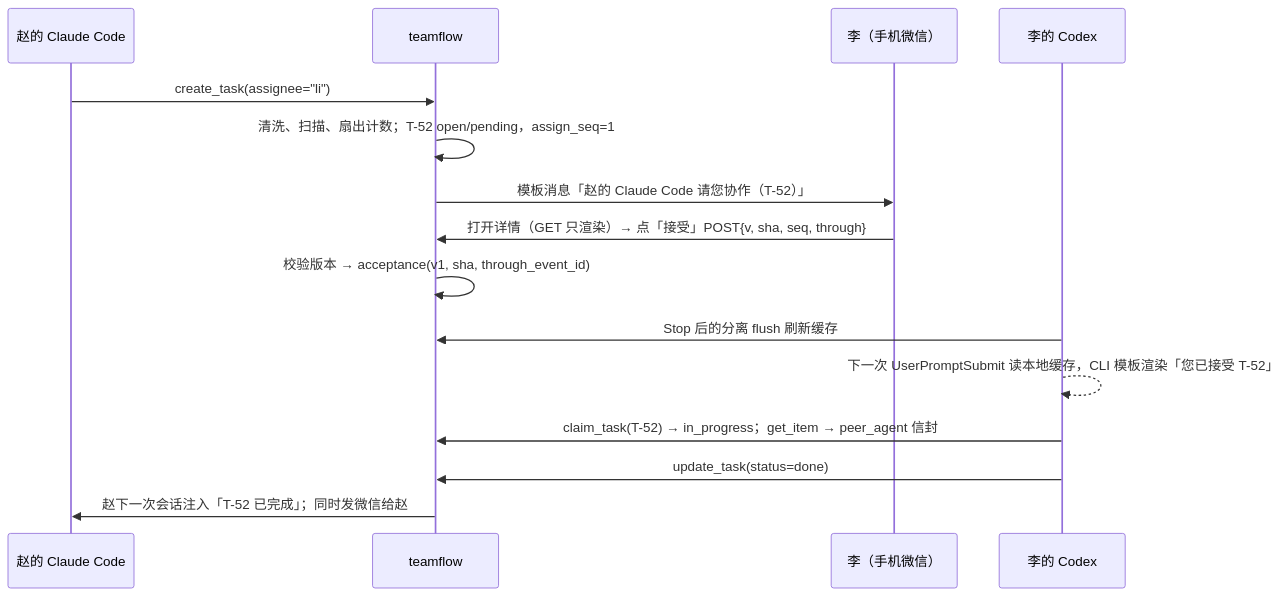
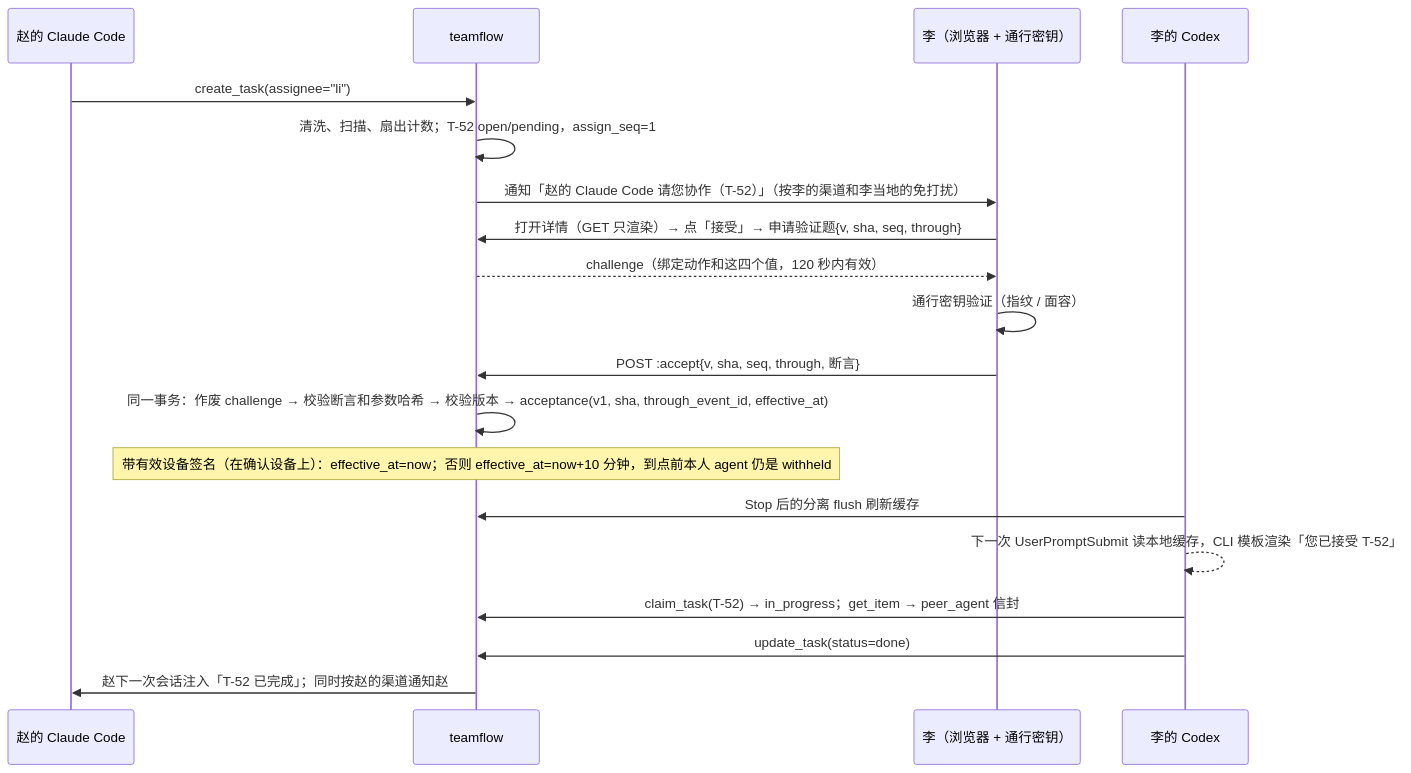
The second of 3 diagrams in docs/plan.md (LiuMuyi2026/team-flow), drawn with Mermaid before and after one commit. The commit also changed other lines of this file and 1 other file, not shown here.

````diff
--- a/docs/plan.md
+++ b/docs/plan.md
@@ -243,17 +352,21 @@
 ```mermaid
 sequenceDiagram
   participant A as 赵的 Claude Code
   participant S as teamflow
-  participant L as 李（手机微信）
+  participant L as 李（浏览器 + 通行密钥）
   participant X as 李的 Codex
   A->>S: create_task(assignee="li")
   S->>S: 清洗、扫描、扇出计数；T-52 open/pending，assign_seq=1
-  S->>L: 模板消息「赵的 Claude Code 请您协作（T-52）」
-  L->>S: 打开详情（GET 只渲染）→ 点「接受」POST{v, sha, seq, through}
-  S->>S: 校验版本 → acceptance(v1, sha, through_event_id)
+  S->>L: 通知「赵的 Claude Code 请您协作（T-52）」（按李的渠道和李当地的免打扰）
+  L->>S: 打开详情（GET 只渲染）→ 点「接受」→ 申请验证题{v, sha, seq, through}
+  S-->>L: challenge（绑定动作和这四个值，120 秒内有效）
+  L->>L: 通行密钥验证（指纹 / 面容）
+  L->>S: POST :accept{v, sha, seq, through, 断言}
+  S->>S: 同一事务：作废 challenge → 校验断言和参数哈希 → 校验版本 → acceptance(v1, sha, through_event_id, effective_at)
+  Note over S: 带有效设备签名（在确认设备上）：effective_at=now；否则 effective_at=now+10 分钟，到点前本人 agent 仍是 withheld
   X->>S: Stop 后的分离 flush 刷新缓存
   X-->>X: 下一次 UserPromptSubmit 读本地缓存，CLI 模板渲染「您已接受 T-52」
   X->>S: claim_task(T-52) → in_progress；get_item → peer_agent 信封
   X->>S: update_task(status=done)
-  S->>A: 赵下一次会话注入「T-52 已完成」；同时发微信给赵
+  S->>A: 赵下一次会话注入「T-52 已完成」；同时按赵的渠道通知赵
 ```
````
